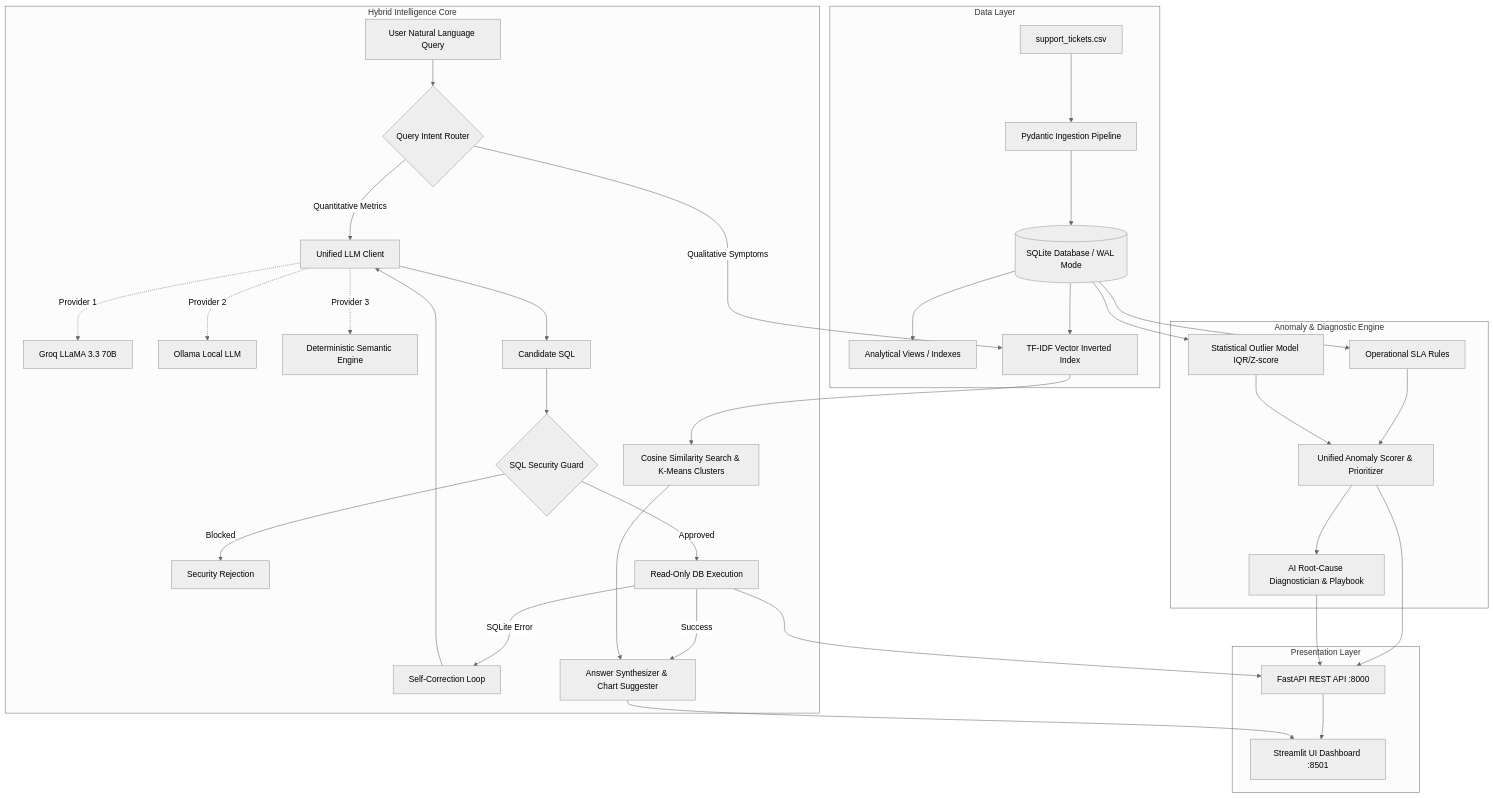
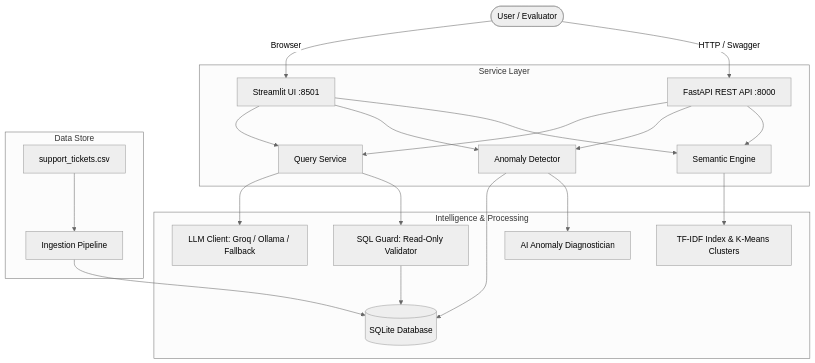
The diagram in README.md (VortexQuasarX/support-ticket-intelligence), drawn with Mermaid (neutral theme) before and after one commit. The commit also changed other lines of this file, not shown here.

````diff
--- a/README.md
+++ b/README.md
@@ -49,48 +35,29 @@
 ```mermaid
 flowchart TD
-    subgraph Data Layer
-        CSV[support_tickets.csv] --> Ingestion[Pydantic Ingestion Pipeline]
-        Ingestion --> SQLite[(SQLite Database / WAL Mode)]
-        SQLite --> Views[Analytical Views / Indexes]
-        SQLite --> VectorIndex[TF-IDF Vector Inverted Index]
+    User([User / Evaluator])
+    User -->|Browser| UI[Streamlit UI :8501]
+    User -->|HTTP / Swagger| API[FastAPI REST API :8000]
+
+    subgraph Service Layer
+        UI --> QS[Query Service]
+        API --> QS
+        API --> AD[Anomaly Detector]
+        API --> SE[Semantic Engine]
+        UI --> AD
+        UI --> SE
     end
 
-    subgraph Hybrid Intelligence Core
-        UserQuery[User Natural Language Query] --> Router{Query Intent Router}
-        
-        Router -- Quantitative Metrics --> LLMClient[Unified LLM Client]
-        LLMClient -. Provider 1 .-> Groq[Groq LLaMA 3.3 70B]
-        LLMClient -. Provider 2 .-> Ollama[Ollama Local LLM]
-        LLMClient -. Provider 3 .-> Fallback[Deterministic Semantic Engine]
-        
-        LLMClient --> SQLGen[Candidate SQL]
-        SQLGen --> Guard{SQL Security Guard}
-        Guard -- Blocked --> Reject[Security Rejection]
-        Guard -- Approved --> DBExec[Read-Only DB Execution]
-        DBExec -- SQLite Error --> Heal[Self-Correction Loop]
-        Heal --> LLMClient
-        DBExec -- Success --> Synthesizer[Answer Synthesizer & Chart Suggester]
-
-        Router -- Qualitative Symptoms --> VectorIndex
-        VectorIndex --> SemanticSearch[Cosine Similarity Search & K-Means Clusters]
-        SemanticSearch --> Synthesizer
+    subgraph Intelligence & Processing
+        QS --> LLM[LLM Client: Groq / Ollama / Fallback]
+        QS --> Guard[SQL Guard: Read-Only Validator]
+        Guard --> DBExec[(SQLite Database)]
+        SE --> VectorIdx[TF-IDF Index & K-Means Clusters]
+        AD --> DBExec
+        AD --> Diagnostician[AI Anomaly Diagnostician]
     end
 
-    subgraph Anomaly & Diagnostic Engine
-        SQLite --> SLARules[Operational SLA Rules]
-        SQLite --> StatModel[Statistical Outlier Model IQR/Z-score]
-        SLARules --> AnomScorer[Unified Anomaly Scorer & Prioritizer]
-        StatModel --> AnomScorer
-        AnomScorer --> AIDiag[AI Root-Cause Diagnostician & Playbook]
-    end
-
-    subgraph Presentation Layer
-        FastAPI[FastAPI REST API :8000]
-        Streamlit[Streamlit UI Dashboard :8501]
-        DBExec --> FastAPI
-        AnomScorer --> FastAPI
-        AIDiag --> FastAPI
-        FastAPI --> Streamlit
-        Synthesizer --> Streamlit
+    subgraph Data Store
+        CSV[support_tickets.csv] --> Ingest[Ingestion Pipeline]
+        Ingest --> DBExec
     end
 ```
````
